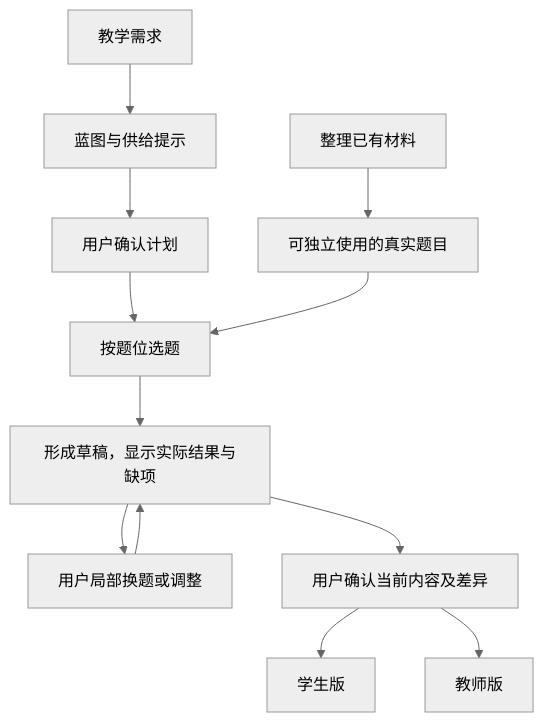
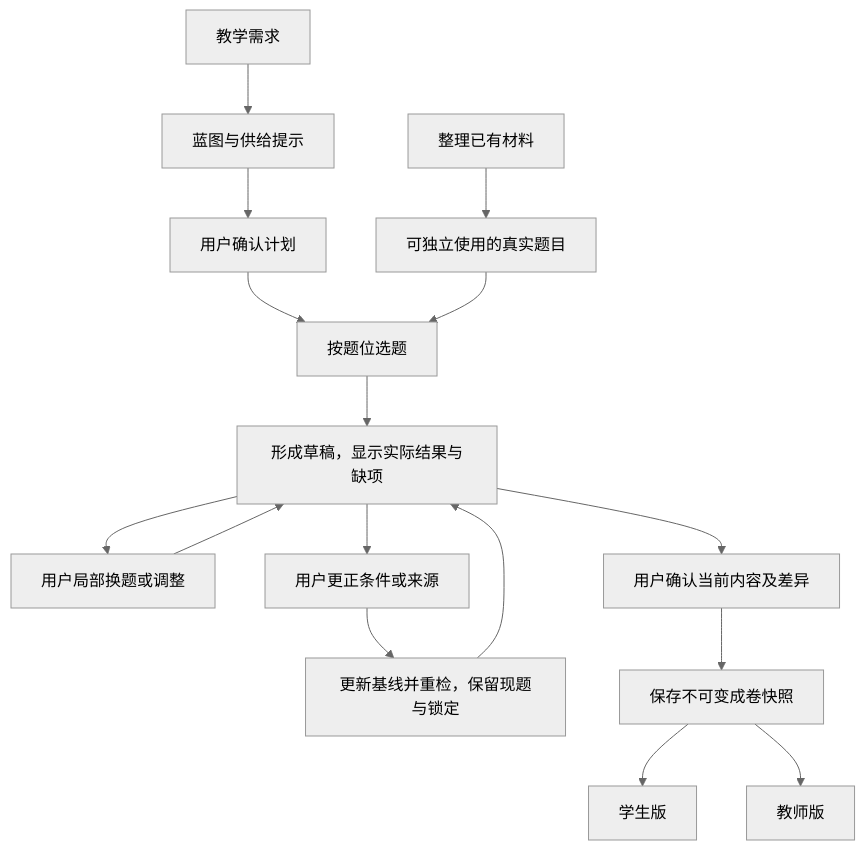
Before and after one commit to mrzys/tutor: the diagram in docs/adr/0002-question-bank-blueprint.md, drawn with Mermaid (neutral theme). The commit also changed other lines of this file and 1 other file, not shown here.

````diff
--- a/docs/adr/0002-question-bank-blueprint.md
+++ b/docs/adr/0002-question-bank-blueprint.md
@@ -47,14 +51,18 @@
 ```mermaid
 flowchart TD
     material["整理已有材料"] --> bank["可独立使用的真实题目"]
     needs["教学需求"] --> blueprint["蓝图与供给提示"]
     blueprint --> confirmPlan["用户确认计划"]
     confirmPlan --> select["按题位选题"]
     bank --> select
     select --> draft["形成草稿，显示实际结果与缺项"]
     draft --> adjust["用户局部换题或调整"]
     adjust --> draft
+    draft --> correction["用户更正条件或来源"]
+    correction --> recheck["更新基线并重检，保留现题与锁定"]
+    recheck --> draft
     draft --> confirmPaper["用户确认当前内容及差异"]
-    confirmPaper --> student["学生版"]
-    confirmPaper --> teacher["教师版"]
+    confirmPaper --> save["保存不可变成卷快照"]
+    save --> student["学生版"]
+    save --> teacher["教师版"]
 ```
````
